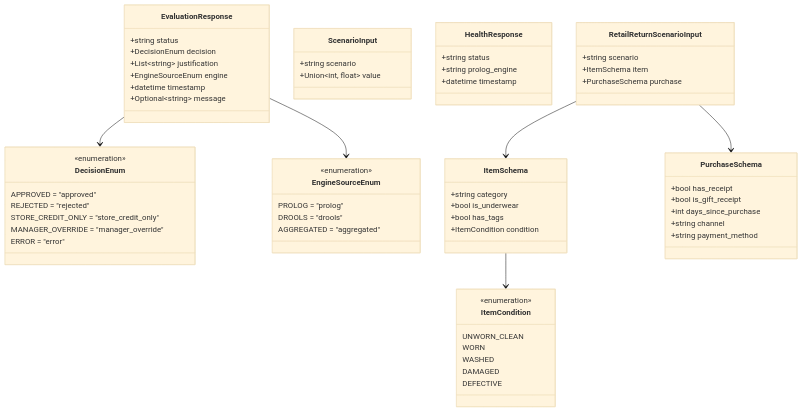
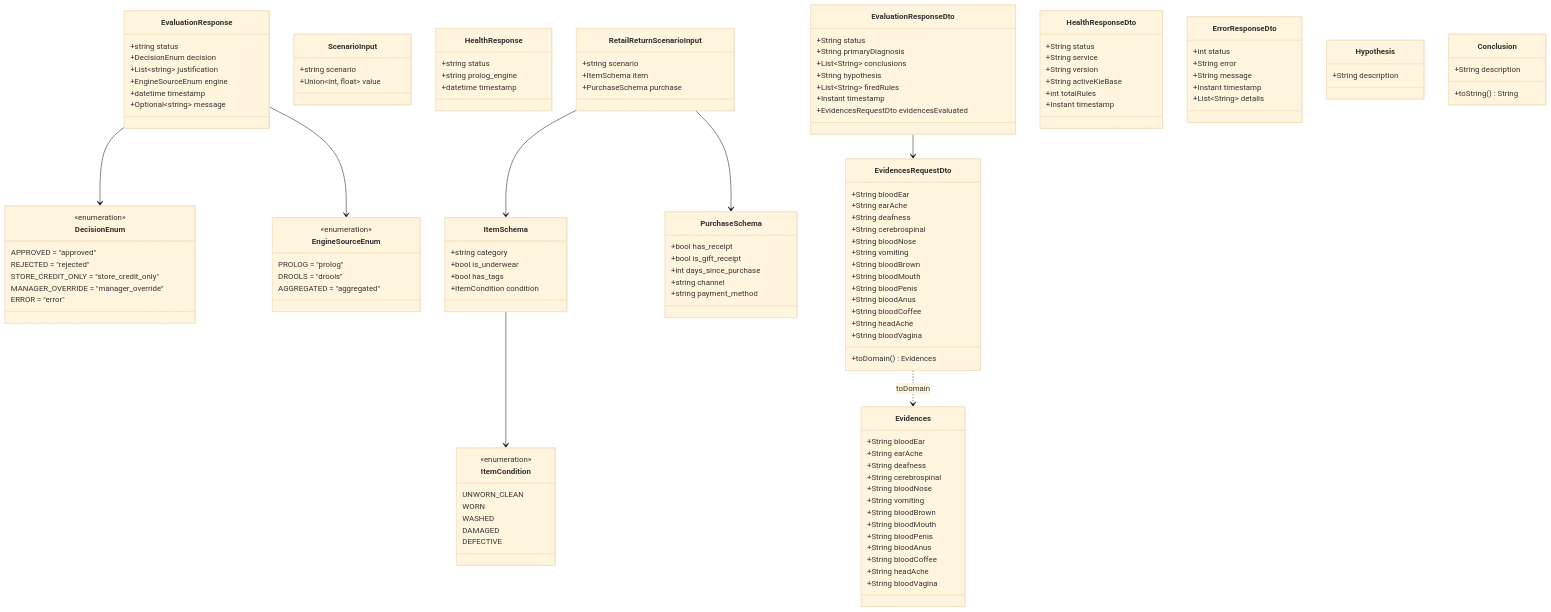
One commit to Santiago-1211173/meia-equipa3-challenge1-26_27 changed the diagram in docs/api/schemas.md. Above: the diagram before and after it, drawn with Mermaid (base theme). The commit also changed other lines of this file and 23 other files, not shown here.

Commit message:
docs: add comprehensive documentation for architecture, API, deployment, and development guides

````diff
--- a/docs/api/schemas.md
+++ b/docs/api/schemas.md
@@ -87,9 +101,80 @@
         +PurchaseSchema purchase
     }
 
+    class EvidencesRequestDto {
+        +String bloodEar
+        +String earAche
+        +String deafness
+        +String cerebrospinal
+        +String bloodNose
+        +String vomiting
+        +String bloodBrown
+        +String bloodMouth
+        +String bloodPenis
+        +String bloodAnus
+        +String bloodCoffee
+        +String headAche
+        +String bloodVagina
+        +toDomain() Evidences
+    }
+
+    class EvaluationResponseDto {
+        +String status
+        +String primaryDiagnosis
+        +List~String~ conclusions
+        +String hypothesis
+        +List~String~ firedRules
+        +Instant timestamp
+        +EvidencesRequestDto evidencesEvaluated
+    }
+
+    class HealthResponseDto {
+        +String status
+        +String service
+        +String version
+        +String activeKieBase
+        +int totalRules
+        +Instant timestamp
+    }
+
+    class ErrorResponseDto {
+        +int status
+        +String error
+        +String message
+        +Instant timestamp
+        +List~String~ details
+    }
+
+    class Evidences {
+        +String bloodEar
+        +String earAche
+        +String deafness
+        +String cerebrospinal
+        +String bloodNose
+        +String vomiting
+        +String bloodBrown
+        +String bloodMouth
+        +String bloodPenis
+        +String bloodAnus
+        +String bloodCoffee
+        +String headAche
+        +String bloodVagina
+    }
+
+    class Hypothesis {
+        +String description
+    }
+
+    class Conclusion {
+        +String description
+        +toString() String
+    }
+
     EvaluationResponse --> DecisionEnum
     EvaluationResponse --> EngineSourceEnum
     RetailReturnScenarioInput --> ItemSchema
     RetailReturnScenarioInput --> PurchaseSchema
     ItemSchema --> ItemCondition
+    EvaluationResponseDto --> EvidencesRequestDto
+    EvidencesRequestDto ..> Evidences : toDomain
 ```
````
